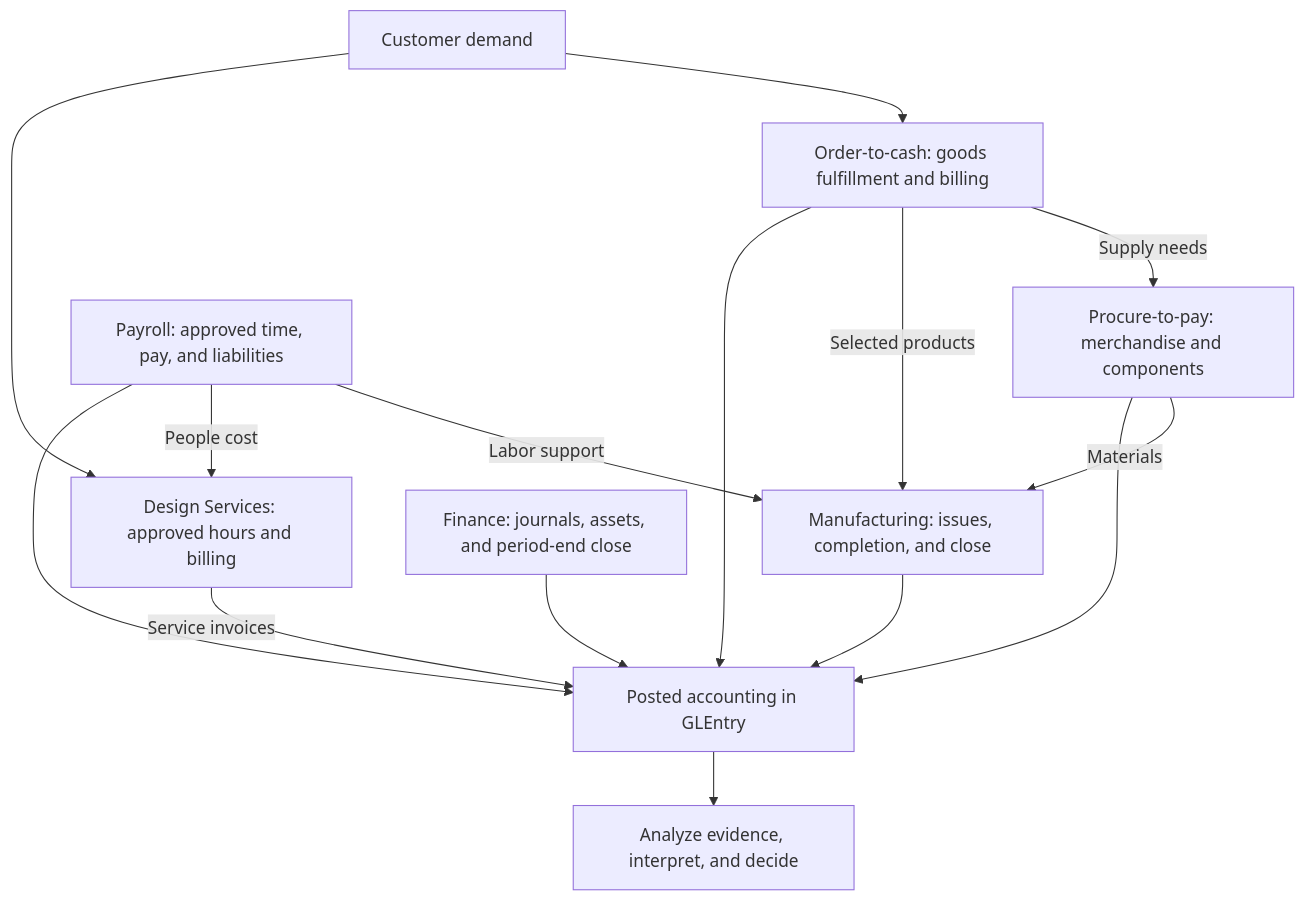
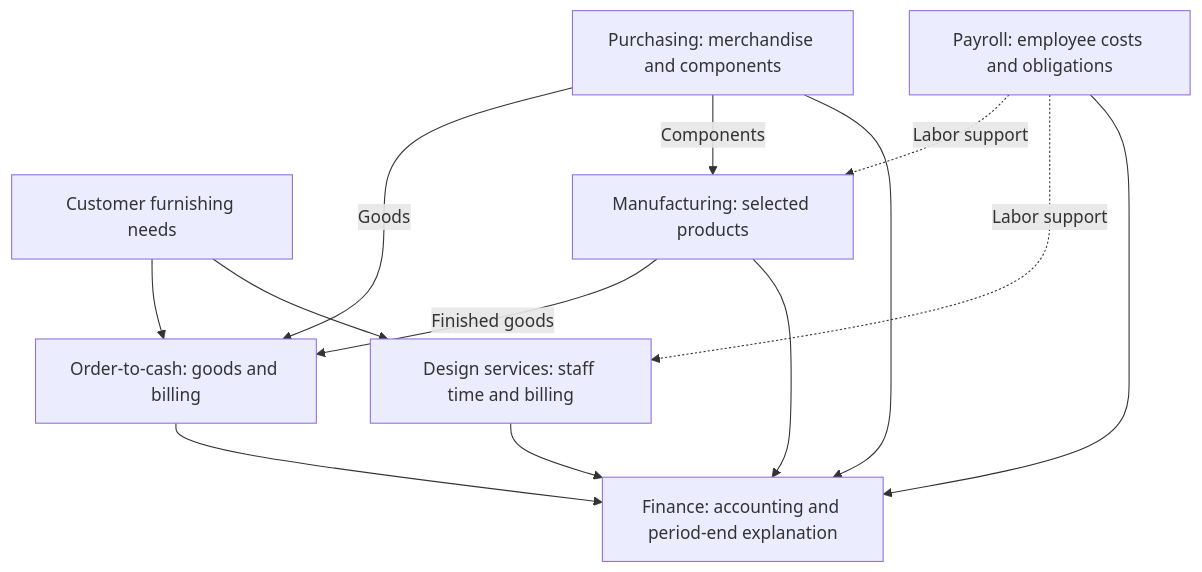
Before and after one commit to mmcodesso/CharlesRiver_Database: the diagram in docs/learn-the-business/process-flows.md, drawn with Mermaid. The commit also changed other lines of this file and 191 other files, not shown here.

````diff
--- a/docs/learn-the-business/process-flows.md
+++ b/docs/learn-the-business/process-flows.md
@@ -28,27 +35,15 @@
 ```mermaid
 flowchart TD
-    DEMAND[Customer demand]
-    O2C[Order-to-cash: goods fulfillment and billing]
-    DS[Design Services: approved hours and billing]
-    P2P[Procure-to-pay: merchandise and components]
-    MFG[Manufacturing: issues, completion, and close]
-    PAY[Payroll: approved time, pay, and liabilities]
-    FIN[Finance: journals, assets, and period-end close]
-    GL[Posted accounting in GLEntry]
-    ANALYSIS[Analyze evidence, interpret, and decide]
-
-    DEMAND --> O2C
-    DEMAND --> DS
-    O2C -->|Supply needs| P2P
-    O2C -->|Selected products| MFG
-    P2P -->|Materials| MFG
-    PAY -->|Labor support| MFG
-    PAY -->|People cost| DS
-    O2C --> GL
-    DS -->|Service invoices| GL
-    P2P --> GL
-    MFG --> GL
-    PAY --> GL
-    FIN --> GL
-    GL --> ANALYSIS
+    NEED[Customer furnishing needs] --> SALES[Order-to-cash: goods and billing]
+    NEED --> DESIGN[Design services: staff time and billing]
+    BUY[Purchasing: merchandise and components] -->|Goods| SALES
+    BUY -->|Components| MAKE[Manufacturing: selected products]
+    MAKE -->|Finished goods| SALES
+    PAY[Payroll: employee costs and obligations] -. Labor support .-> MAKE
+    PAY -. Labor support .-> DESIGN
+    SALES --> FIN[Finance: accounting and period-end explanation]
+    DESIGN --> FIN
+    BUY --> FIN
+    MAKE --> FIN
+    PAY --> FIN
 ```
````
